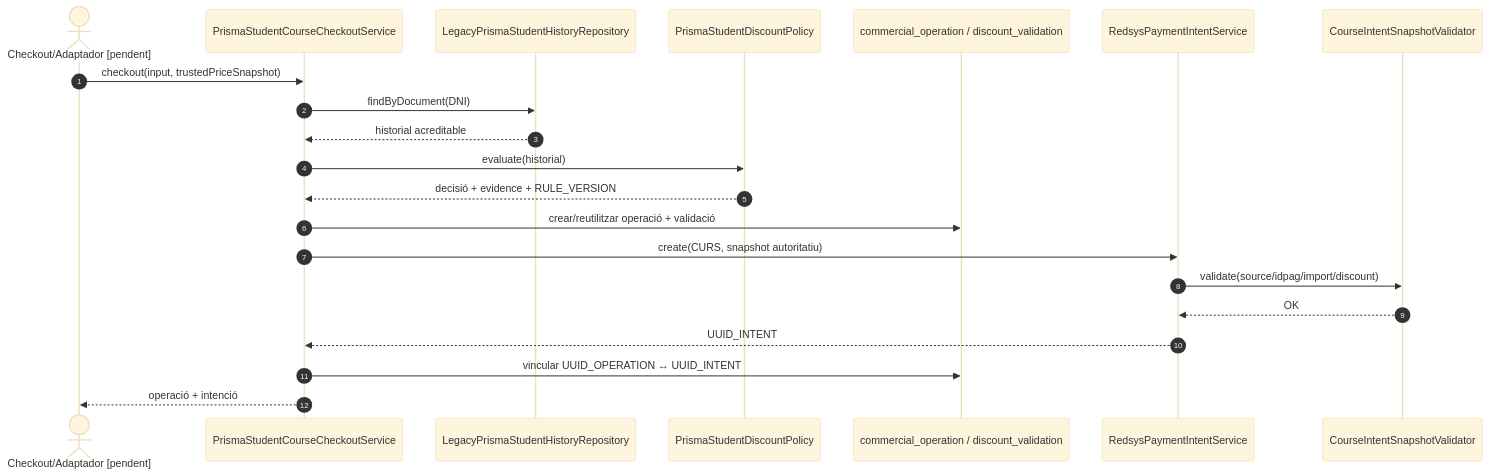
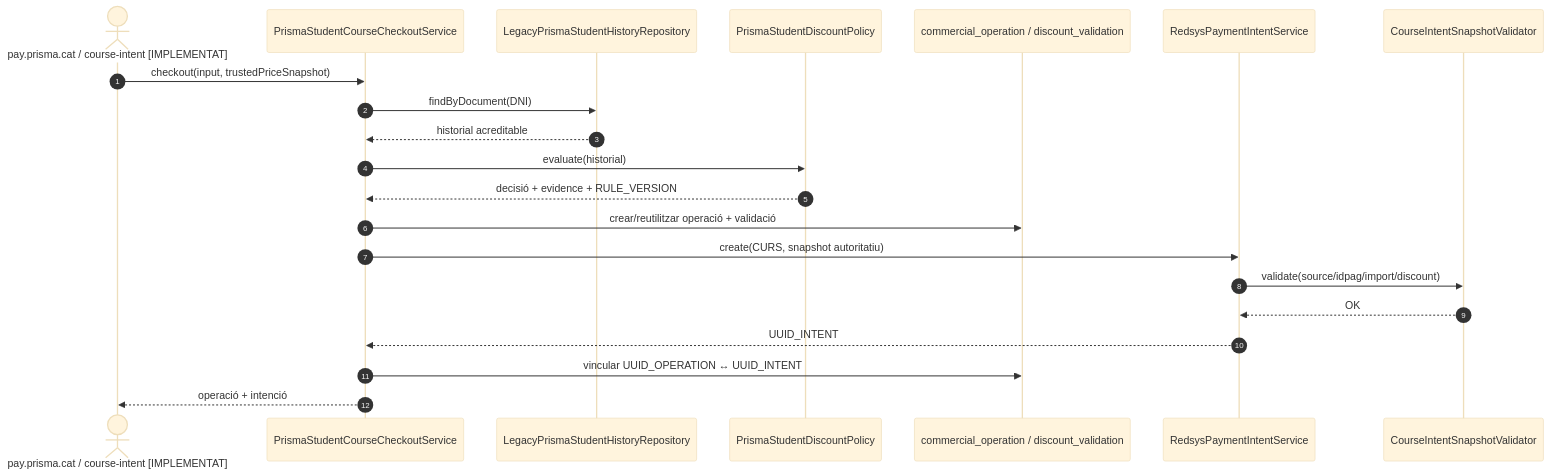
Before and after one commit to orgmeriemprismacat-del/verifactu: diagram 12 of 13 in documentacio/07-uml-integrat/uc-020-aplicar-alumne-prisma.md, drawn with Mermaid (base theme). The commit also changed other lines of this file, not shown here.

Commit message:
docs(UC-020): actualitza UML amb course-intent actiu

````diff
--- a/documentacio/07-uml-integrat/uc-020-aplicar-alumne-prisma.md
+++ b/documentacio/07-uml-integrat/uc-020-aplicar-alumne-prisma.md
@@ -649,24 +649,24 @@
 ```mermaid
 sequenceDiagram
 autonumber
-actor UI as Checkout/Adaptador [pendent]
+actor UI as pay.prisma.cat / course-intent [IMPLEMENTAT]
 participant C as PrismaStudentCourseCheckoutService
 participant H as LegacyPrismaStudentHistoryRepository
 participant P as PrismaStudentDiscountPolicy
 participant CO as commercial_operation / discount_validation
 participant RI as RedsysPaymentIntentService
 participant V as CourseIntentSnapshotValidator
 
 UI->>C: checkout(input, trustedPriceSnapshot)
 C->>H: findByDocument(DNI)
 H-->>C: historial acreditable
 C->>P: evaluate(historial)
 P-->>C: decisió + evidence + RULE_VERSION
 C->>CO: crear/reutilitzar operació + validació
 C->>RI: create(CURS, snapshot autoritatiu)
 RI->>V: validate(source/idpag/import/discount)
 V-->>RI: OK
 RI-->>C: UUID_INTENT
 C->>CO: vincular UUID_OPERATION ↔ UUID_INTENT
 C-->>UI: operació + intenció
 ```
````
